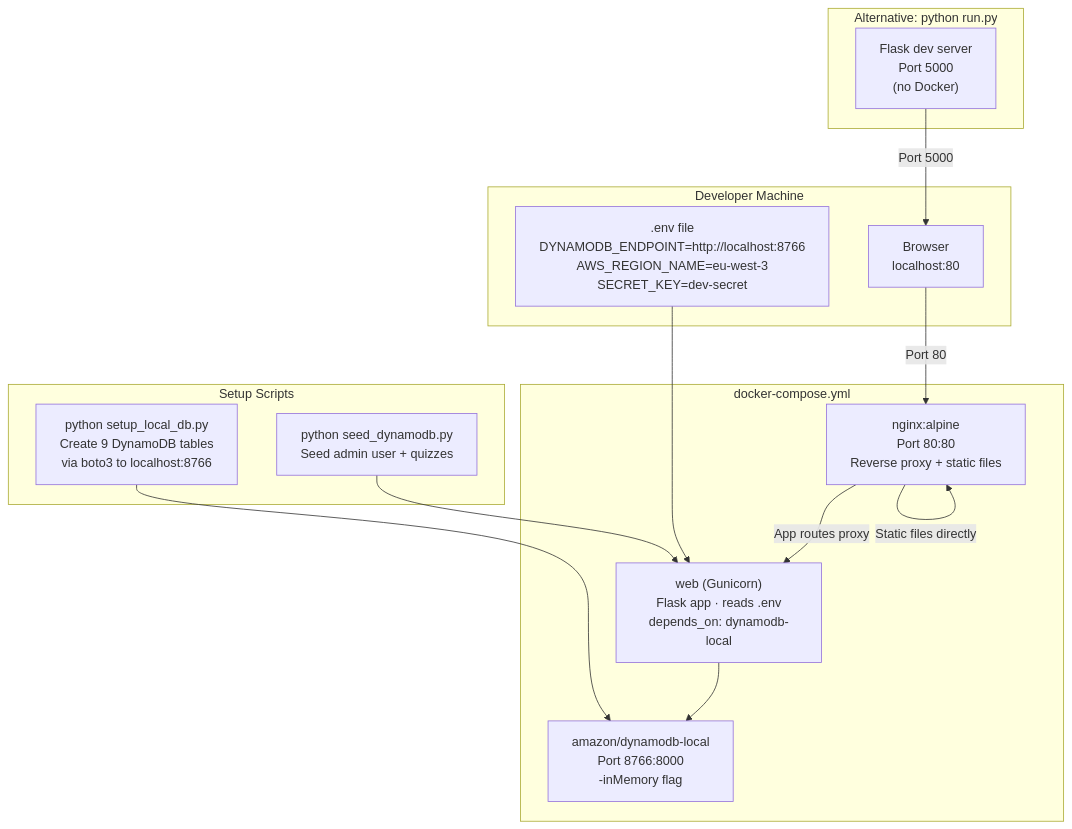
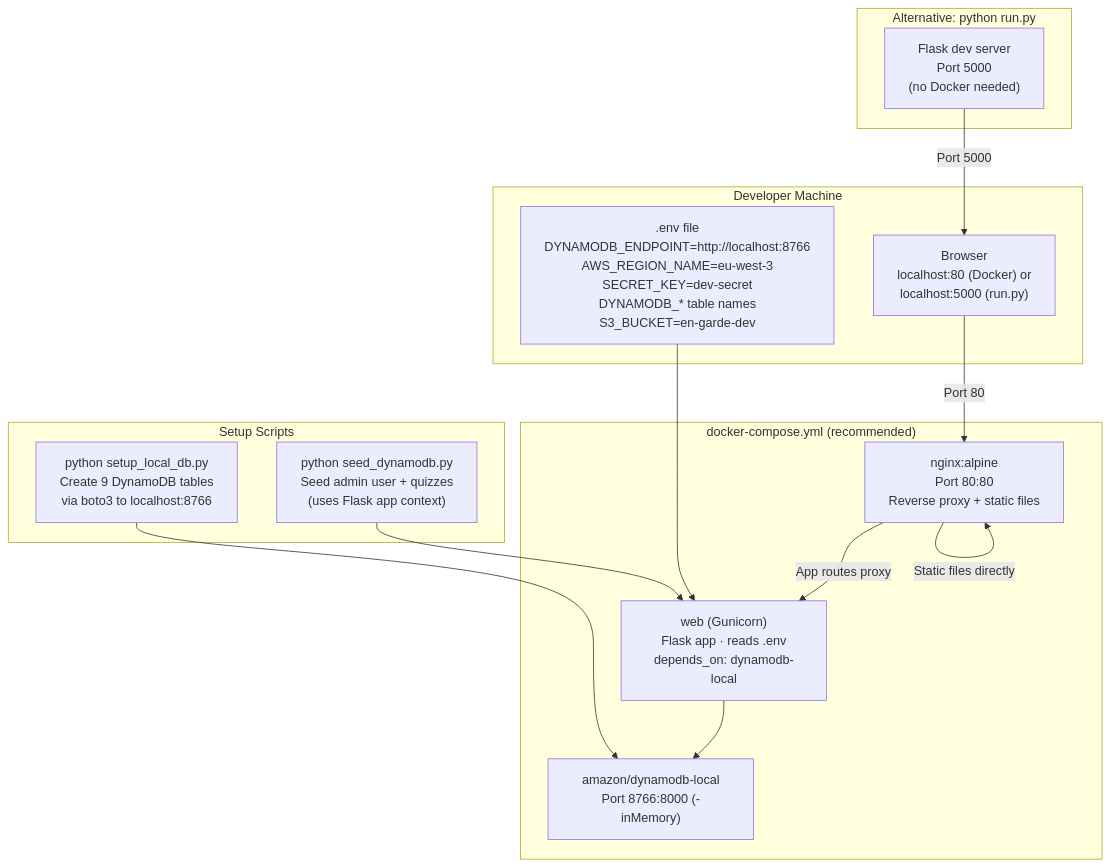
Before and after one commit to Panacota96/master-Project-Phishing: the tenth of 10 diagrams in documentation/ARCHITECTURE.md, drawn with Mermaid. The commit also changed other lines of this file and 6 other files, not shown here.

````diff
--- a/documentation/ARCHITECTURE.md
+++ b/documentation/ARCHITECTURE.md
@@ -530,31 +547,31 @@
 ```mermaid
 graph TD
     subgraph Host["Developer Machine"]
-        Browser["Browser\nlocalhost:80"]
-        DotEnv[".env file\nDYNAMODB_ENDPOINT=http://localhost:8766\nAWS_REGION_NAME=eu-west-3\nSECRET_KEY=dev-secret"]
+        Browser["Browser\nlocalhost:80 (Docker) or\nlocalhost:5000 (run.py)"]
+        DotEnv[".env file\nDYNAMODB_ENDPOINT=http://localhost:8766\nAWS_REGION_NAME=eu-west-3\nSECRET_KEY=dev-secret\nDYNAMODB_* table names\nS3_BUCKET=en-garde-dev"]
     end
 
-    subgraph DockerCompose["docker-compose.yml"]
+    subgraph DockerCompose["docker-compose.yml (recommended)"]
         Nginx["nginx:alpine\nPort 80:80\nReverse proxy + static files"]
         Web["web (Gunicorn)\nFlask app · reads .env\ndepends_on: dynamodb-local"]
-        DDBLocal["amazon/dynamodb-local\nPort 8766:8000\n-inMemory flag"]
+        DDBLocal["amazon/dynamodb-local\nPort 8766:8000 (-inMemory)"]
     end
 
     subgraph Setup["Setup Scripts"]
         SetupDB["python setup_local_db.py\nCreate 9 DynamoDB tables\nvia boto3 to localhost:8766"]
-        SeedDB["python seed_dynamodb.py\nSeed admin user + quizzes"]
+        SeedDB["python seed_dynamodb.py\nSeed admin user + quizzes\n(uses Flask app context)"]
     end
 
     subgraph AltRun["Alternative: python run.py"]
-        RunPy["Flask dev server\nPort 5000\n(no Docker)"]
+        RunPy["Flask dev server\nPort 5000\n(no Docker needed)"]
     end
 
     Browser -->|Port 80| Nginx
     Nginx -->|Static files directly| Nginx
     Nginx -->|App routes proxy| Web
     Web --> DDBLocal
     DotEnv --> Web
     SetupDB --> DDBLocal
     SeedDB --> Web
     RunPy -->|Port 5000| Browser
 ```
````
